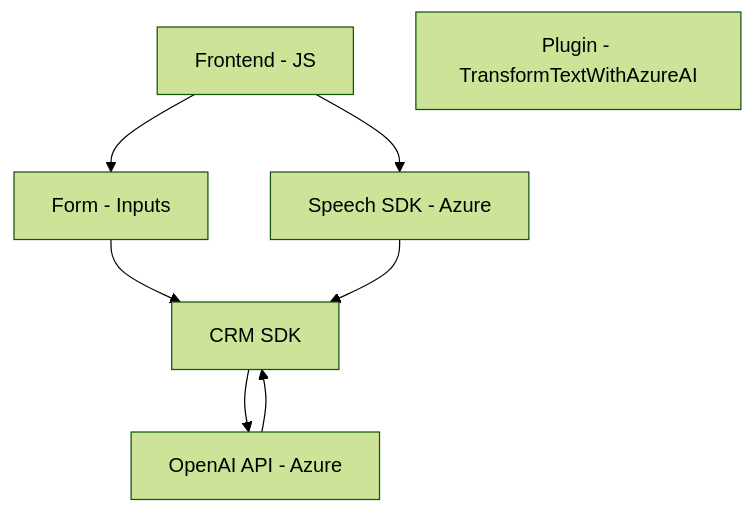
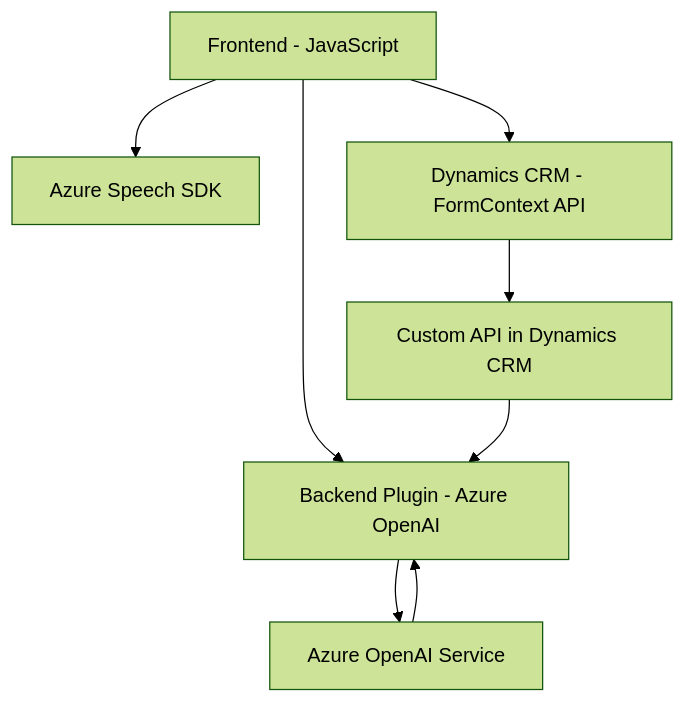
One commit to blopezdm/NETCORE_BILBAO2025 changed the diagram in README.md. Above: the diagram before and after it, drawn with Mermaid (forest theme). The commit also changed other lines of this file, not shown here.

````diff
--- a/README.md
+++ b/README.md
@@ -57,16 +69,10 @@
 ```mermaid
 graph TD
-A["Frontend - JS"]
-B["Speech SDK - Azure"]
-C["Form - Inputs"]
-D["OpenAI API - Azure"]
-E["Plugin - TransformTextWithAzureAI"]
-F["CRM SDK"]
-
-A --> B
-A --> C
-C --> F
-B --> F
-F --> D
-D --> F
+    A["Frontend - JavaScript"] --> B["Azure Speech SDK"]
+    A --> C["Dynamics CRM - FormContext API"]
+    A --> D["Backend Plugin - Azure OpenAI"]
+    D --> E["Azure OpenAI Service"]
+    C --> F["Custom API in Dynamics CRM"]
+    E --> D
+    F --> D
 ```
````
